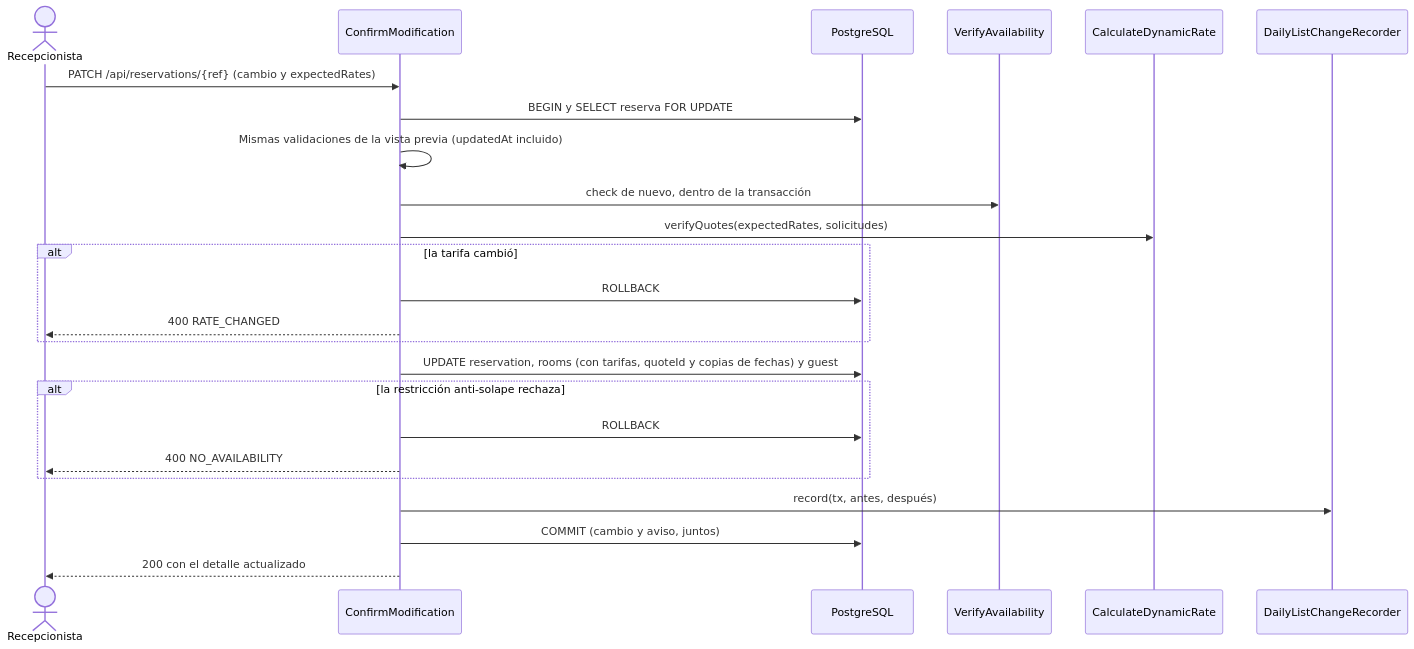
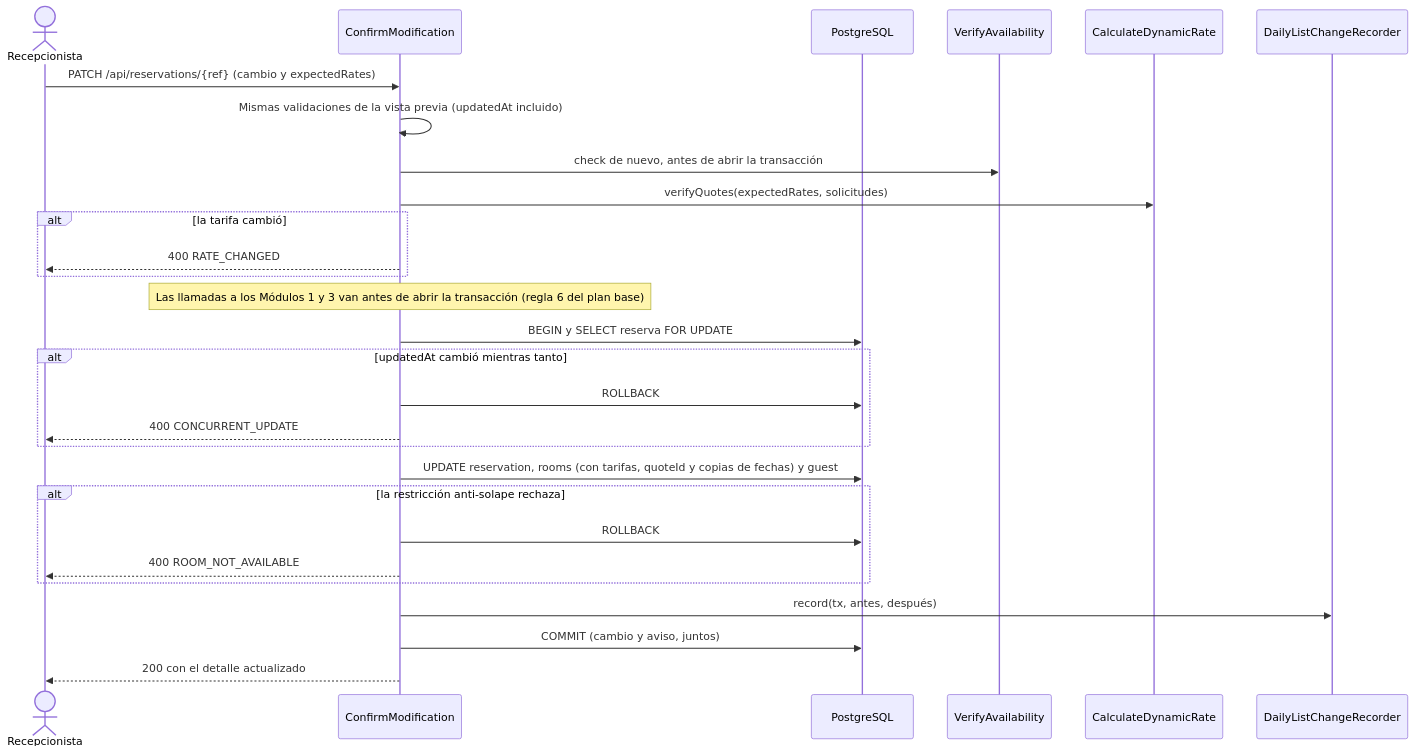
Before and after one commit to Lapicero312-lapi/HOSPITUA-MOD-2: the second of 5 diagrams in specs/update-reservation/plan.md, drawn with Mermaid. The commit also changed other lines of this file and 14 other files, not shown here.

First line of the commit message:
docs(specs): planes alineados entre sí, con los specs y con la base ya construida

````diff
--- a/specs/update-reservation/plan.md
+++ b/specs/update-reservation/plan.md
@@ -540,27 +554,31 @@
 ```mermaid
 sequenceDiagram
     actor R as Recepcionista
     participant U as ConfirmModification
     participant DB as PostgreSQL
     participant V as VerifyAvailability
     participant Q as CalculateDynamicRate
     participant L as DailyListChangeRecorder
 
     R->>U: PATCH /api/reservations/{ref} (cambio y expectedRates)
-    U->>DB: BEGIN y SELECT reserva FOR UPDATE
     U->>U: Mismas validaciones de la vista previa (updatedAt incluido)
-    U->>V: check de nuevo, dentro de la transacción
+    U->>V: check de nuevo, antes de abrir la transacción
     U->>Q: verifyQuotes(expectedRates, solicitudes)
     alt la tarifa cambió
+        U-->>R: 400 RATE_CHANGED
+    end
+    Note over U: Las llamadas a los Módulos 1 y 3 van antes de abrir la transacción (regla 6 del plan base)
+    U->>DB: BEGIN y SELECT reserva FOR UPDATE
+    alt updatedAt cambió mientras tanto
         U->>DB: ROLLBACK
-        U-->>R: 400 RATE_CHANGED
+        U-->>R: 400 CONCURRENT_UPDATE
     end
     U->>DB: UPDATE reservation, rooms (con tarifas, quoteId y copias de fechas) y guest
     alt la restricción anti-solape rechaza
         U->>DB: ROLLBACK
-        U-->>R: 400 NO_AVAILABILITY
+        U-->>R: 400 ROOM_NOT_AVAILABLE
     end
     U->>L: record(tx, antes, después)
     U->>DB: COMMIT (cambio y aviso, juntos)
     U-->>R: 200 con el detalle actualizado
 ```
````
